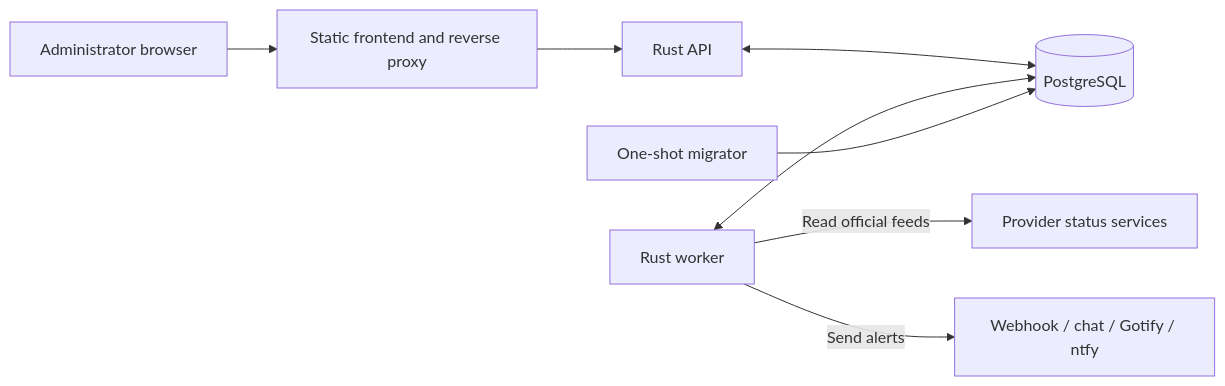
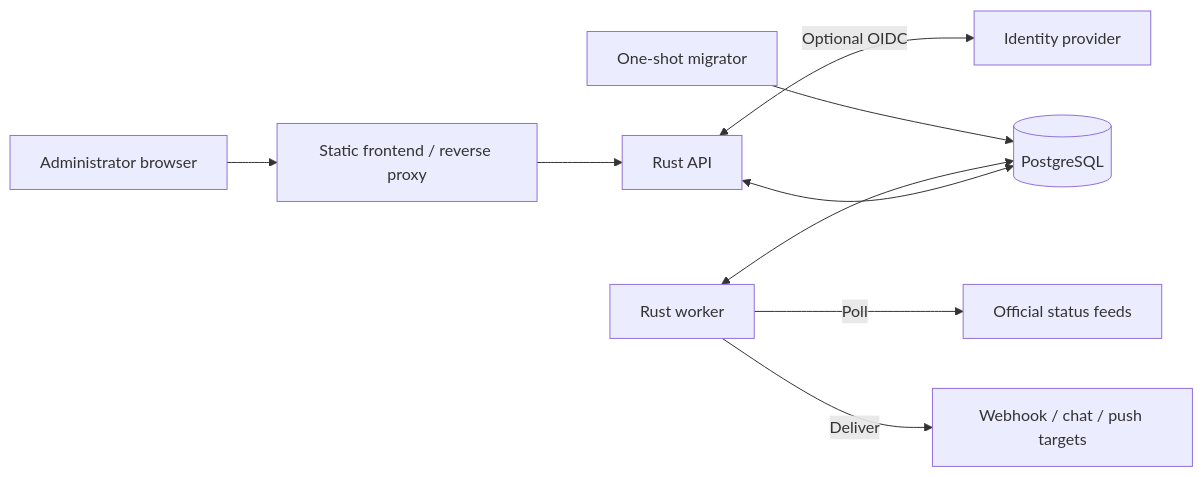
Before and after one commit to smehlhoff/statusdeck: the diagram in docs/architecture.md, drawn with Mermaid. The commit also changed other lines of this file and 5 other files, not shown here.

Commit message:
Refresh architecture and OIDC deployment documentation

````diff
--- a/docs/architecture.md
+++ b/docs/architecture.md
@@ -20,10 +14,11 @@
 ```mermaid
 flowchart LR
-    Browser[Administrator browser] --> Nginx[Static frontend and reverse proxy]
+    Browser[Administrator browser] --> Nginx[Static frontend / reverse proxy]
     Nginx --> API[Rust API]
     API <--> DB[(PostgreSQL)]
+    API <-->|Optional OIDC| IdP[Identity provider]
     Worker[Rust worker] <--> DB
-    Worker -->|Read official feeds| Providers[Provider status services]
-    Worker -->|Send alerts| Targets[Webhook / chat / Gotify / ntfy]
+    Worker -->|Poll| Feeds[Official status feeds]
+    Worker -->|Deliver| Targets[Webhook / chat / push targets]
     Migrator[One-shot migrator] --> DB
 ```
````
